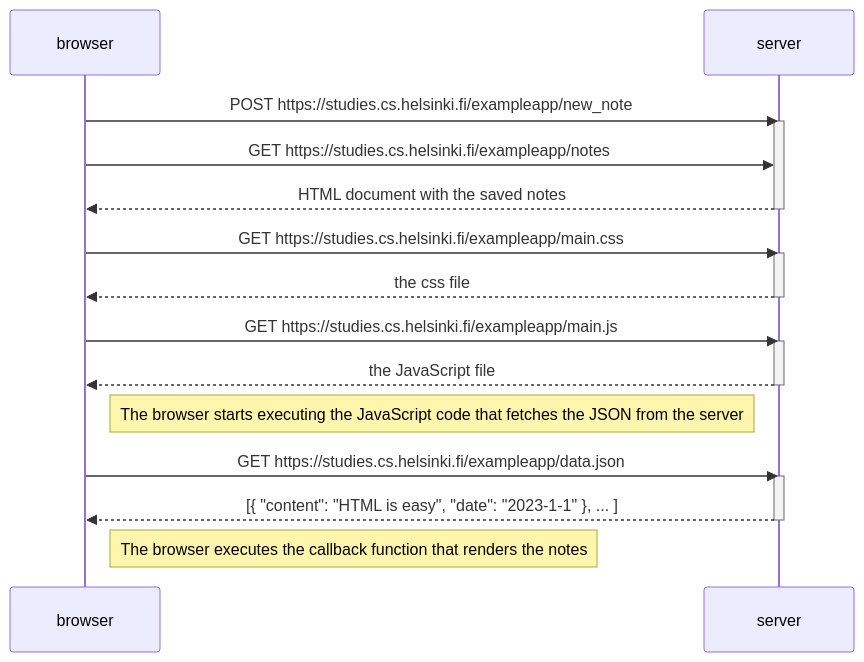
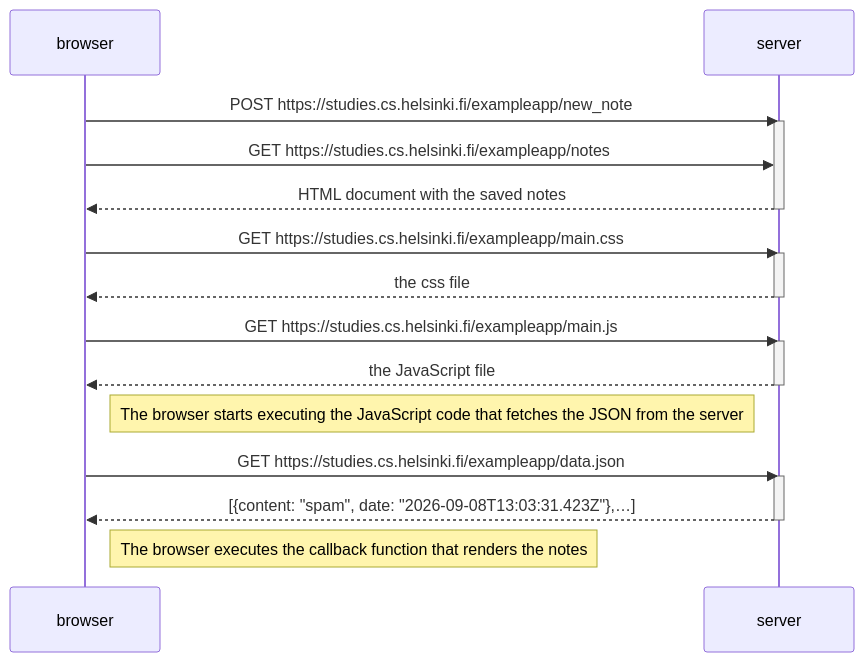
Before and after one commit to Sadg3-code/fullstackopen: the diagram in osa0/Kaavio.md, drawn with Mermaid.

Commit message:
Update JSON response example in Kaavio.md

````diff
--- a/osa0/Kaavio.md
+++ b/osa0/Kaavio.md
@@ -3,30 +3,30 @@
 ```mermaid
 sequenceDiagram
     participant browser
     participant server
     
     browser->>server: POST https://studies.cs.helsinki.fi/exampleapp/new_note
     activate server
     browser->>server: GET https://studies.cs.helsinki.fi/exampleapp/notes
     server-->>browser: HTML document with the saved notes
     deactivate server
     
     browser->>server: GET https://studies.cs.helsinki.fi/exampleapp/main.css
     activate server
     server-->>browser: the css file
     deactivate server
     
     browser->>server: GET https://studies.cs.helsinki.fi/exampleapp/main.js
     activate server
     server-->>browser: the JavaScript file
     deactivate server
     
     Note right of browser: The browser starts executing the JavaScript code that fetches the JSON from the server
     
     browser->>server: GET https://studies.cs.helsinki.fi/exampleapp/data.json
     activate server
-    server-->>browser: [{ "content": "HTML is easy", "date": "2023-1-1" }, ... ]
+    server-->>browser: [{content: "spam", date: "2026-09-08T13:03:31.423Z"},…]
     deactivate server    
 
     Note right of browser: The browser executes the callback function that renders the notes
 ```
````
